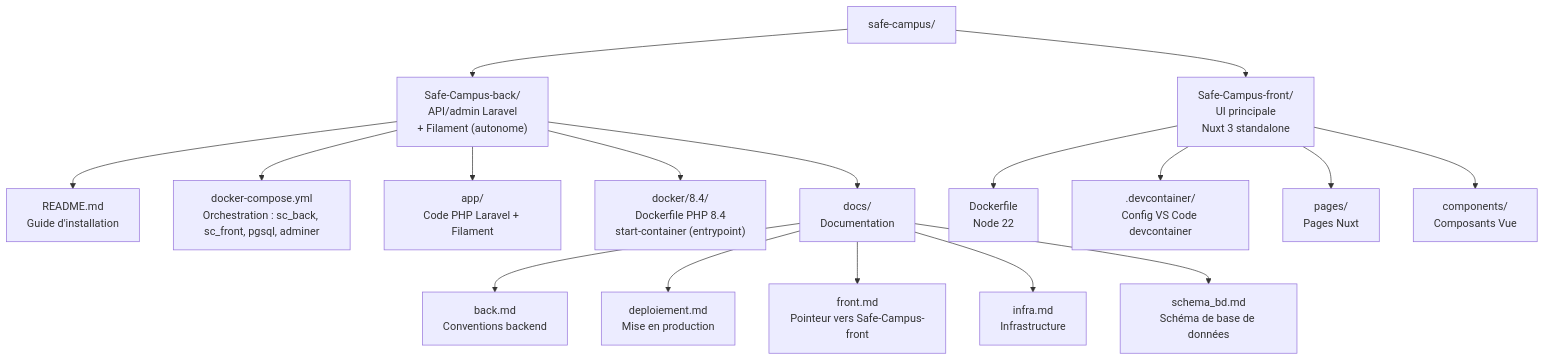
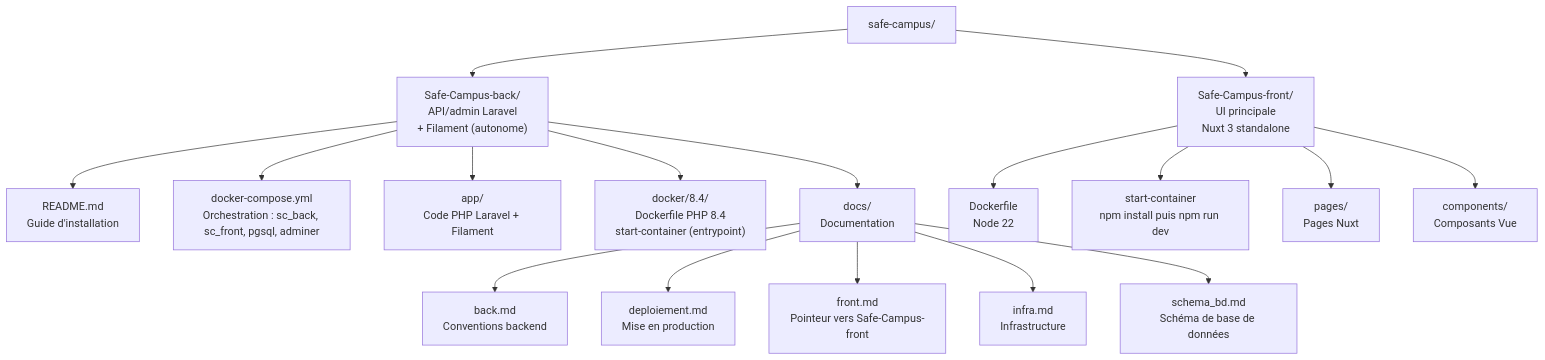
One commit to S-T-L/Safe-Campus-back changed the diagram in README.md. Above: the diagram before and after it, drawn with Mermaid. The commit also changed other lines of this file and 1 other file, not shown here.

Commit message:
@ infra(docker): aligne le service front sur la suppression de son devcontainer. - passe WWWUSER et WWWGROUP en build args du service sc_front - retire le label devcontainer.metadata, le front n a plus de devcontainer - README : docker compose up -d sc_front pour le front seul @

````diff
--- a/README.md
+++ b/README.md
@@ -244,24 +244,24 @@
 ```mermaid
 graph TD
     root["safe-campus/"]
 
     root --> scback["Safe-Campus-back/\nAPI/admin Laravel\n+ Filament (autonome)"]
     root --> scfront["Safe-Campus-front/\nUI principale\nNuxt 3 standalone"]
 
     scback --> readme["README.md\nGuide d'installation"]
     scback --> dc["docker-compose.yml\nOrchestration : sc_back, sc_front, pgsql, adminer"]
     scback --> app["app/\nCode PHP Laravel + Filament"]
     scback --> docker["docker/8.4/\nDockerfile PHP 8.4\nstart-container (entrypoint)"]
     scback --> docs["docs/\nDocumentation"]
 
     docs --> back["back.md\nConventions backend"]
     docs --> deploy["deploiement.md\nMise en production"]
     docs --> front["front.md\nPointeur vers Safe-Campus-front"]
     docs --> infra["infra.md\nInfrastructure"]
     docs --> schema["schema_bd.md\nSchéma de base de données"]
 
     scfront --> fdockerfile["Dockerfile\nNode 22"]
-    scfront --> fdevc[".devcontainer/\nConfig VS Code devcontainer"]
+    scfront --> fstart["start-container\nnpm install puis npm run dev"]
     scfront --> pages["pages/\nPages Nuxt"]
     scfront --> components["components/\nComposants Vue"]
 ```
````
